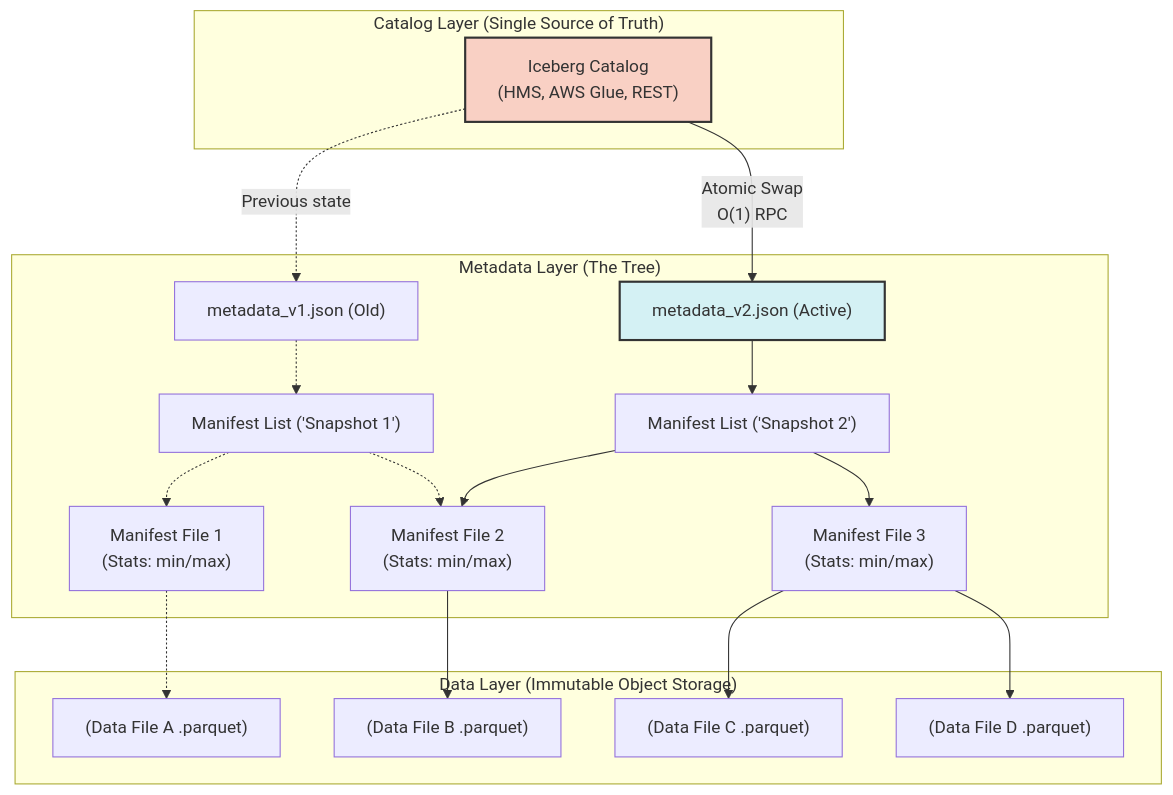
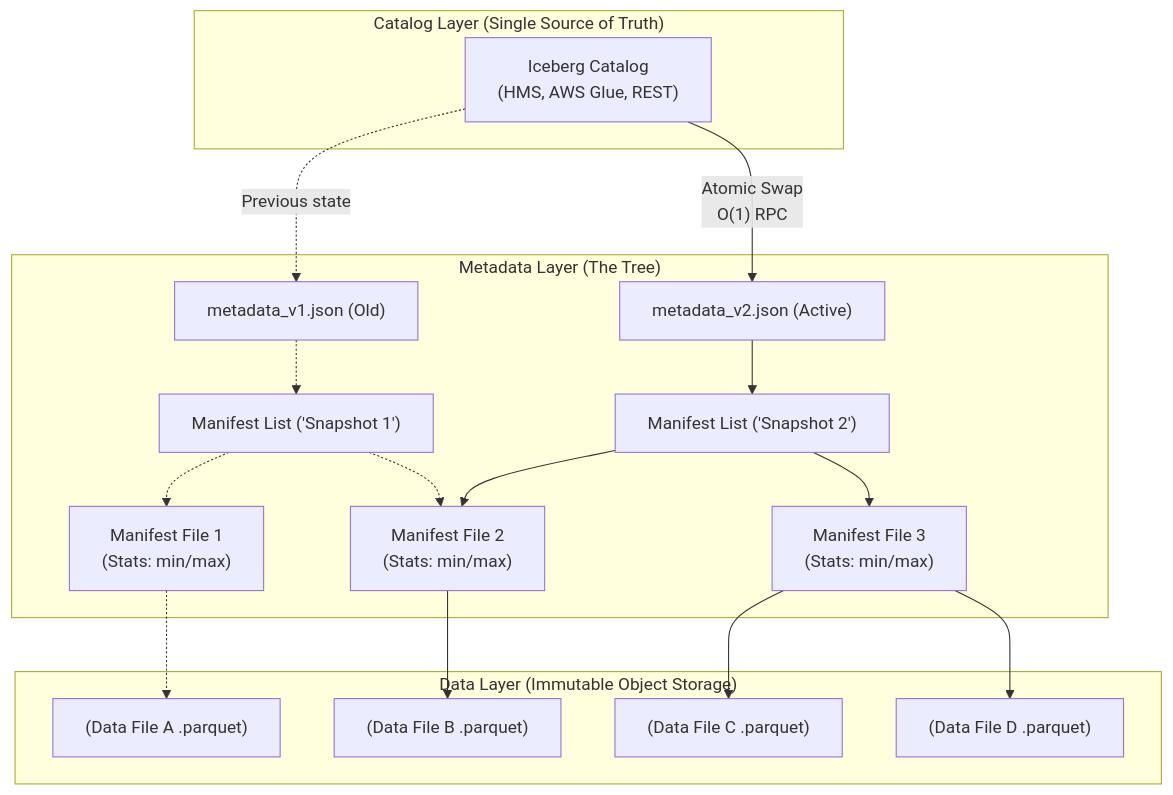
Before and after one commit to kythuatdulieu/kythuatdulieu.github.io: the diagram in src/content/docs/concepts/3-storage-engines-formats/apache-iceberg.md, drawn with Mermaid. The commit also changed 686 other files, not shown here.

````diff
--- a/src/content/docs/concepts/3-storage-engines-formats/apache-iceberg.md
+++ b/src/content/docs/concepts/3-storage-engines-formats/apache-iceberg.md
@@ -26,43 +26,42 @@
 ```mermaid
 graph TD
     subgraph Catalog_Layer["Catalog Layer (Single Source of Truth)"]
         C["Iceberg Catalog <br> (HMS, AWS Glue, REST)"]
     end
 
     subgraph Metadata_Layer["Metadata Layer (The Tree)"]
         M1["metadata_v1.json (Old)"]
         M2["metadata_v2.json (Active)"]
         ML1["Manifest List ('Snapshot 1')"]
         ML2["Manifest List ('Snapshot 2')"]
         MF1["Manifest File 1 <br> (Stats: min/max)"]
         MF2["Manifest File 2 <br> (Stats: min/max)"]
         MF3["Manifest File 3 <br> (Stats: min/max)"]
     end
 
     subgraph Data_Layer["Data Layer (Immutable Object Storage)"]
         D1["(Data File A .parquet)"]
         D2["(Data File B .parquet)"]
         D3["(Data File C .parquet)"]
         D4["(Data File D .parquet)"]
     end
 
     C -- "Atomic Swap <br> O(1) RPC" --> M2
     C -.->|"Previous state"| M1
 
     M1 -.-> ML1
     M2 --> ML2
 
     ML1 -.-> MF1
     ML1 -.-> MF2
     
     ML2 --> MF2
     ML2 --> MF3
 
     MF1 -.-> D1
     MF2 --> D2
     MF3 --> D3
     MF3 --> D4
-    
-    style C fill:#f9d0c4,stroke:#333,stroke-width:2px
-    style M2 fill:#d4f1f4,stroke:#333,stroke-width:2px
+
+
 ```
````
